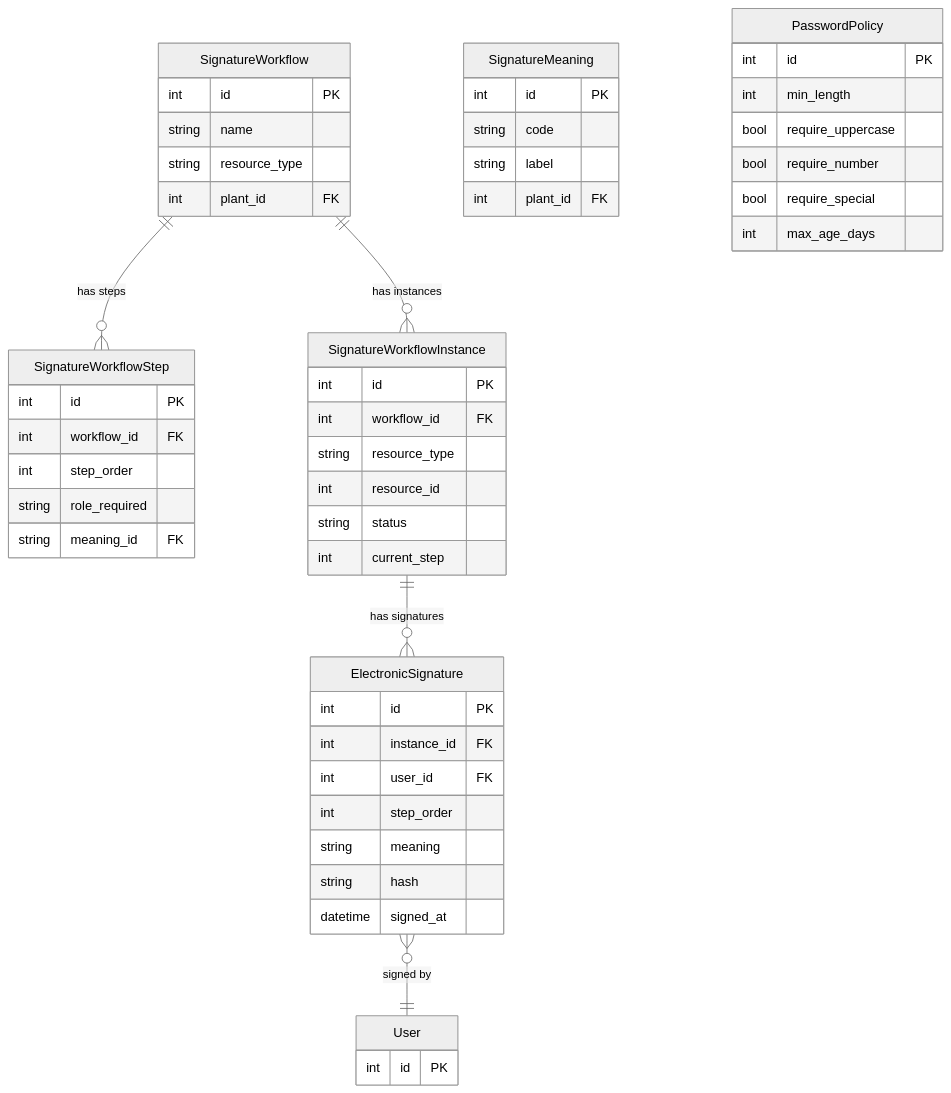
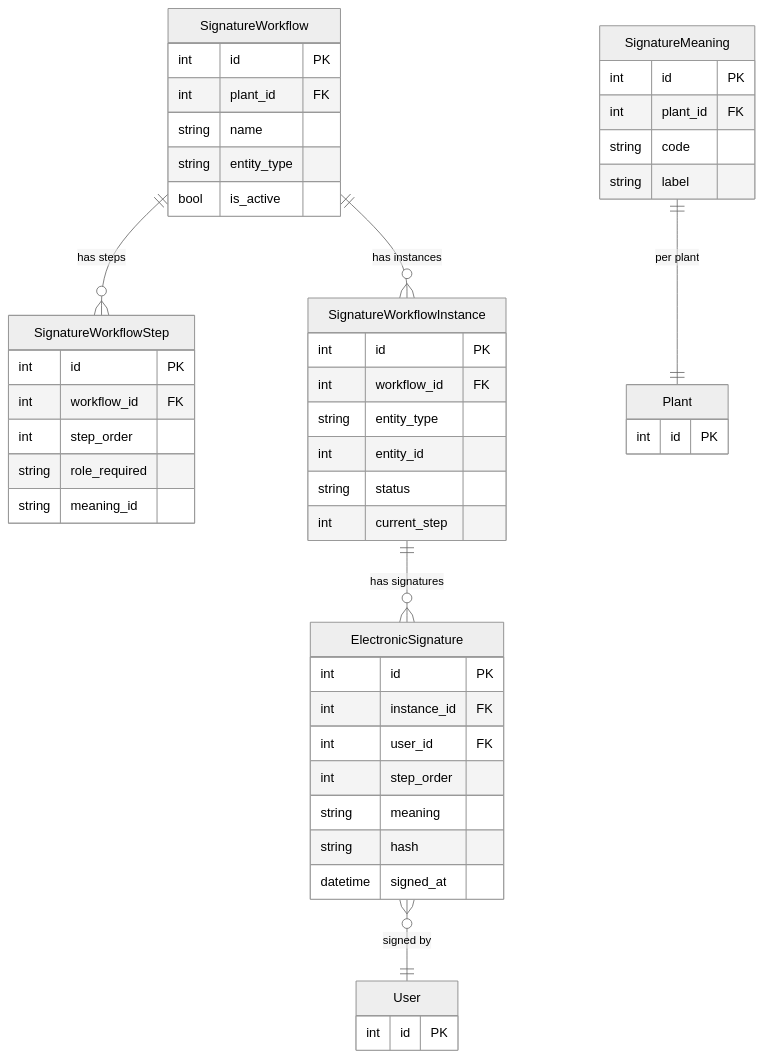
One commit to saturnis-io/cassini changed the second of 2 diagrams in .knowledge/features/signatures.md. Above: the diagram before and after it, drawn with Mermaid (neutral theme). The commit also changed other lines of this file and 15 other files, not shown here.

Commit message:
knowledge-graph: regenerate

````diff
--- a/.knowledge/features/signatures.md
+++ b/.knowledge/features/signatures.md
@@ -28,54 +28,51 @@
 ```mermaid
 erDiagram
     SignatureWorkflow ||--o{ SignatureWorkflowStep : "has steps"
     SignatureWorkflow ||--o{ SignatureWorkflowInstance : "has instances"
     SignatureWorkflowInstance ||--o{ ElectronicSignature : "has signatures"
     ElectronicSignature }o--|| User : "signed by"
+    SignatureMeaning ||--|| Plant : "per plant"
     SignatureWorkflow {
         int id PK
+        int plant_id FK
         string name
-        string resource_type
-        int plant_id FK
+        string entity_type
+        bool is_active
     }
     SignatureWorkflowStep {
         int id PK
         int workflow_id FK
         int step_order
         string role_required
-        string meaning_id FK
+        string meaning_id
     }
     SignatureWorkflowInstance {
         int id PK
         int workflow_id FK
-        string resource_type
-        int resource_id
+        string entity_type
+        int entity_id
         string status
         int current_step
     }
     ElectronicSignature {
         int id PK
         int instance_id FK
         int user_id FK
         int step_order
         string meaning
         string hash
         datetime signed_at
     }
     SignatureMeaning {
         int id PK
+        int plant_id FK
         string code
         string label
-        int plant_id FK
-    }
-    PasswordPolicy {
-        int id PK
-        int min_length
-        bool require_uppercase
-        bool require_number
-        bool require_special
-        int max_age_days
     }
     User {
         int id PK
     }
+    Plant {
+        int id PK
+    }
 ```
````
